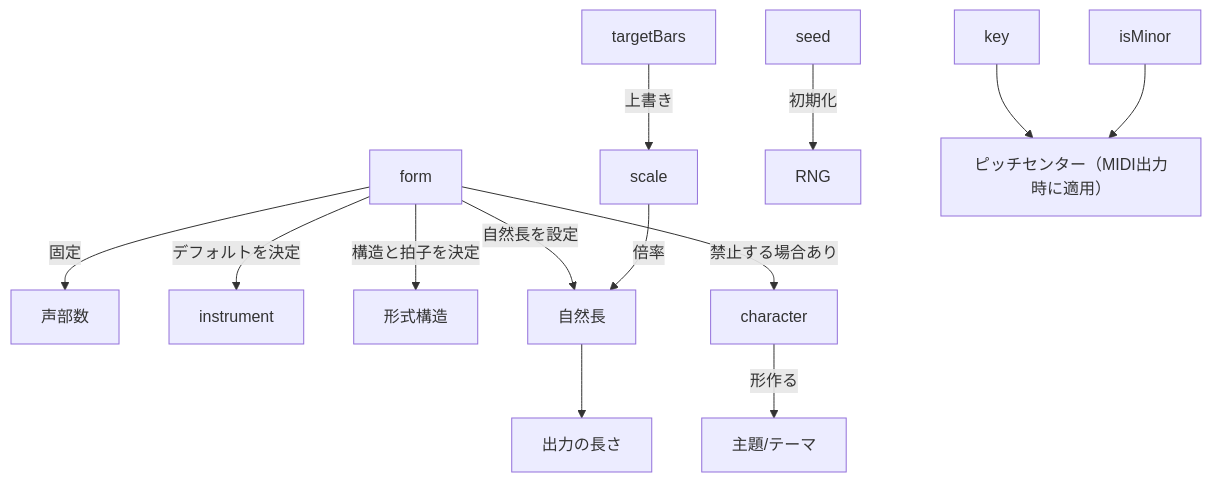
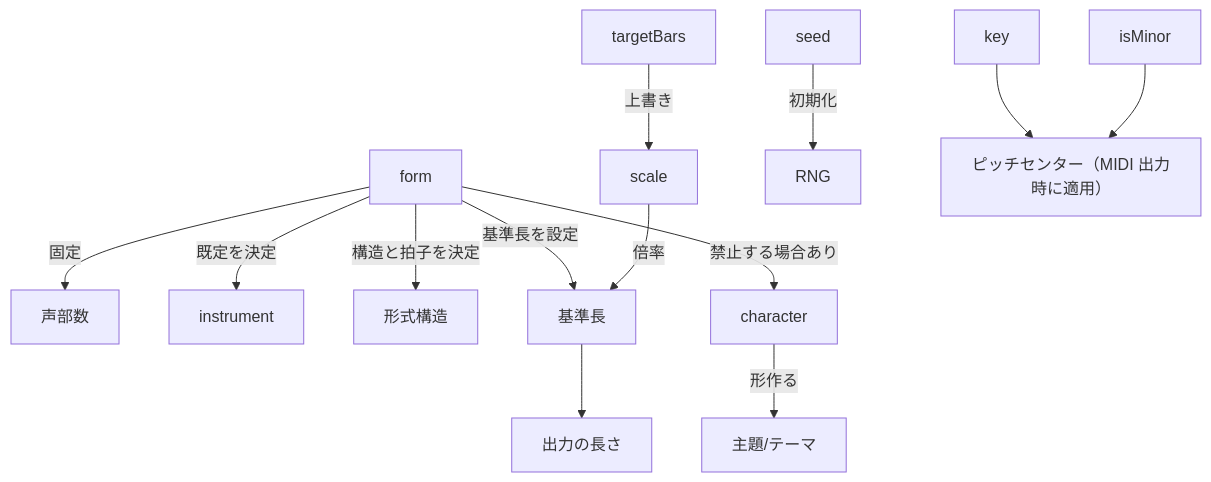
The first of 2 diagrams in src/ja/docs/option-relationships.md (libraz/midi-sketch-bach-homepage), drawn with Mermaid before and after one commit. The commit also changed other lines of this file and 90 other files, not shown here.

````diff
--- a/src/ja/docs/option-relationships.md
+++ b/src/ja/docs/option-relationships.md
@@ -12,15 +16,15 @@
 ```mermaid
 graph TD
     A["form"] -->|"固定"| C["声部数"]
-    A -->|"デフォルトを決定"| B["instrument"]
+    A -->|"既定を決定"| B["instrument"]
     A -->|"構造と拍子を決定"| E["形式構造"]
-    A -->|"自然長を設定"| P["自然長"]
+    A -->|"基準長を設定"| P["基準長"]
     F["scale"] -->|"倍率"| P
     P --> G["出力の長さ"]
     H["targetBars"] -->|"上書き"| F
     I["seed"] -->|"初期化"| J["RNG"]
-    K["key"] --> L["ピッチセンター（MIDI出力時に適用）"]
+    K["key"] --> L["ピッチセンター（MIDI 出力時に適用）"]
     M["isMinor"] --> L
     N["character"] -->|"形作る"| O["主題/テーマ"]
     A -->|"禁止する場合あり"| N
 ```
````
